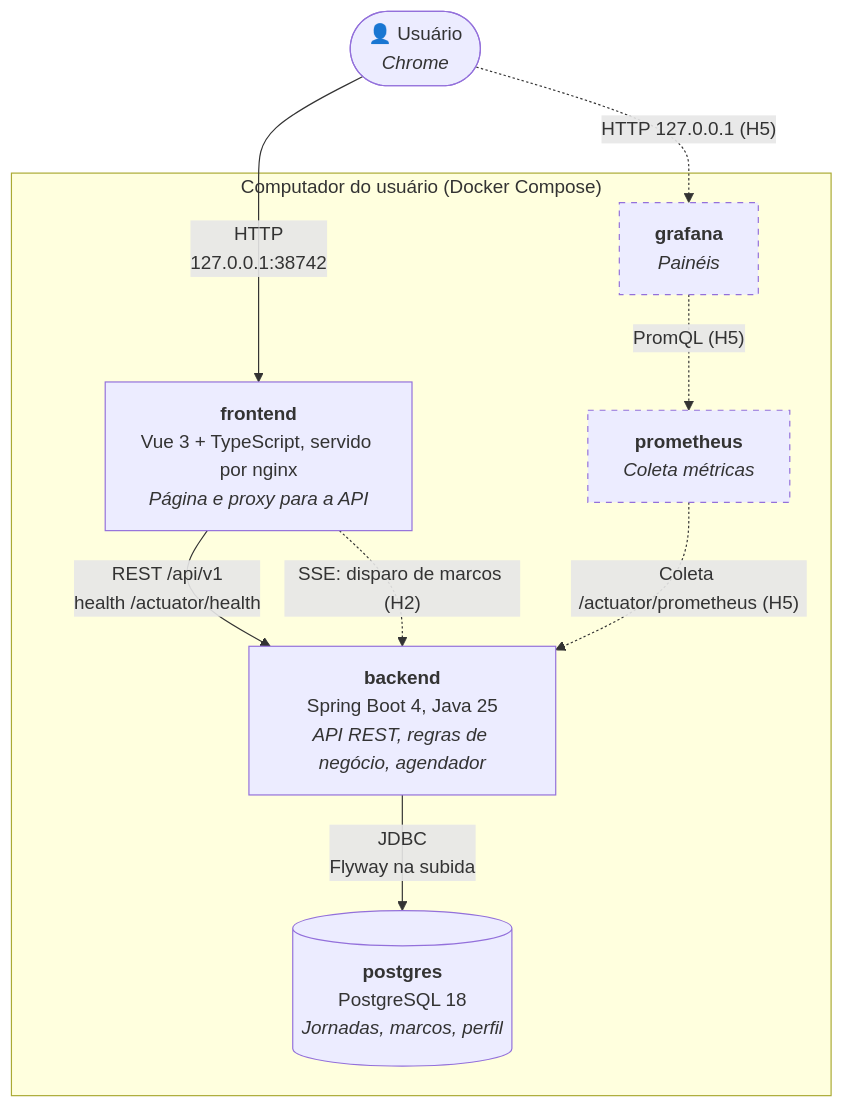
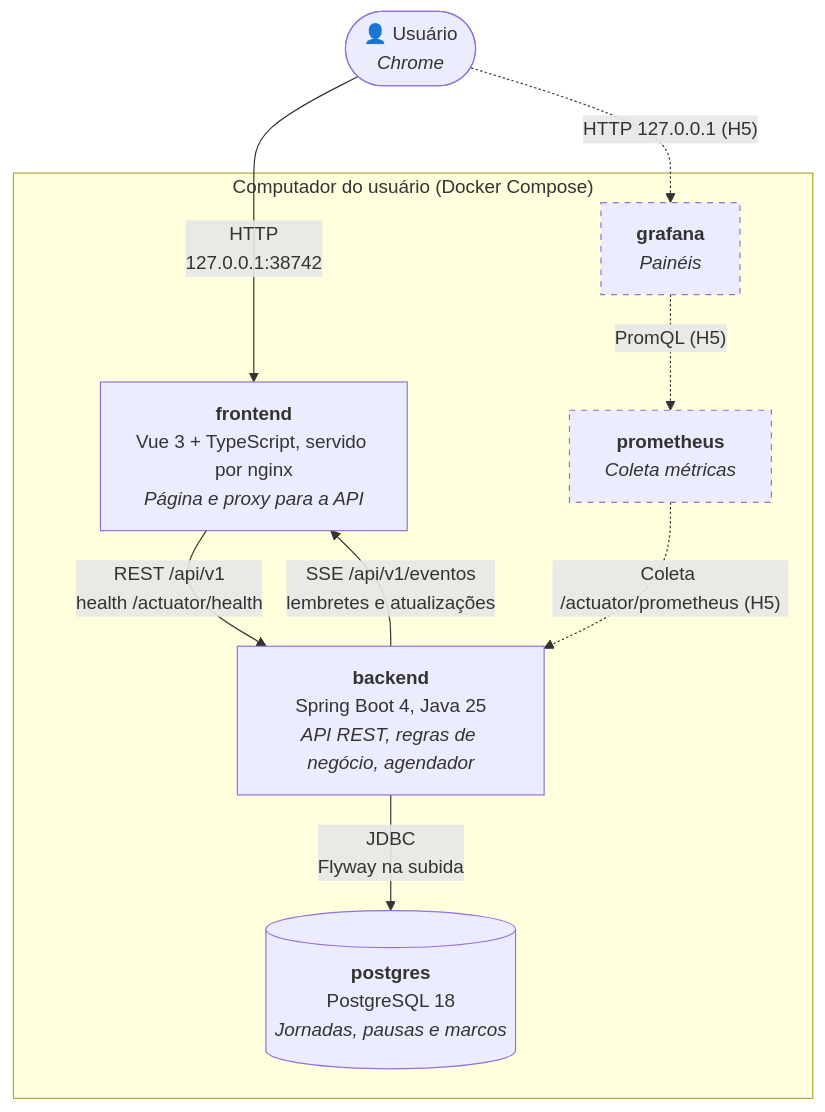
Before and after one commit to lincolnnaraujo/pausa-ativa: the diagram in docs/arquitetura/c4-2-containers.md, drawn with Mermaid. The commit also changed other lines of this file and 12 other files, not shown here.

````diff
--- a/docs/arquitetura/c4-2-containers.md
+++ b/docs/arquitetura/c4-2-containers.md
@@ -5,23 +5,23 @@
 ```mermaid
 flowchart TB
     U(["👤 Usuário<br/><i>Chrome</i>"])
 
     subgraph host["Computador do usuário (Docker Compose)"]
         FE["<b>frontend</b><br/>Vue 3 + TypeScript, servido por nginx<br/><i>Página e proxy para a API</i>"]
         BE["<b>backend</b><br/>Spring Boot 4, Java 25<br/><i>API REST, regras de negócio, agendador</i>"]
-        DB[("<b>postgres</b><br/>PostgreSQL 18<br/><i>Jornadas, marcos, perfil</i>")]
+        DB[("<b>postgres</b><br/>PostgreSQL 18<br/><i>Jornadas, pausas e marcos</i>")]
         PR["<b>prometheus</b><br/><i>Coleta métricas</i>"]
         GR["<b>grafana</b><br/><i>Painéis</i>"]
     end
 
     U -->|"HTTP<br/>127.0.0.1:38742"| FE
     FE -->|"REST /api/v1<br/>health /actuator/health"| BE
-    FE -.->|"SSE: disparo de marcos (H2)"| BE
+    BE -->|"SSE /api/v1/eventos<br/>lembretes e atualizações"| FE
     BE -->|"JDBC<br/>Flyway na subida"| DB
     PR -.->|"Coleta /actuator/prometheus (H5)"| BE
     GR -.->|"PromQL (H5)"| PR
     U -.->|"HTTP 127.0.0.1 (H5)"| GR
 
     classDef futuro stroke-dasharray: 5 5
     class PR,GR futuro
 ```
````
